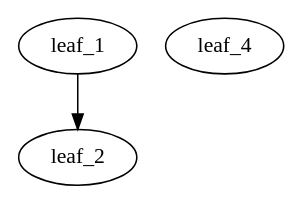
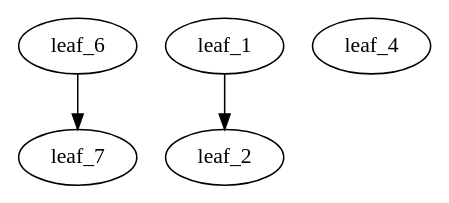
One commit to stefanrinderle/SoftViz3D changed the diagram in x3d/dependency.dot. Above: the diagram before and after it, drawn with Graphviz. The commit also changed 9 other files, not shown here.

```diff
--- a/x3d/dependency.dot
+++ b/x3d/dependency.dot
@@ -1,8 +1,13 @@
 digraph G {
+	subgraph node_5 {
+		leaf_6;
+		leaf_7;
+		leaf_6 -> leaf_7;
+	}
 	subgraph node_3 {
 		leaf_1;
 		leaf_2;
 		leaf_1 -> leaf_2;
 	}
 	leaf_4;
 }
```
